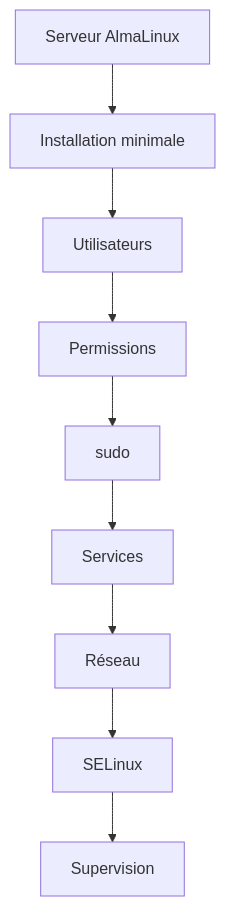
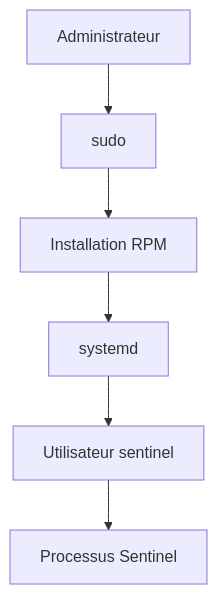
One commit to tdelaclos/formations changed diagram 13 of 20 in campagne 1/1.8.md. Above: the diagram before and after it, drawn with Mermaid. The commit also changed other lines of this file, not shown here.

````diff
--- a/campagne 1/1.8.md
+++ b/campagne 1/1.8.md
@@ -365,21 +587,21 @@
 ```mermaid
 flowchart TD
 
-A["Serveur AlmaLinux"]
+A["Administrateur"]
 
-A --> B["Installation minimale"]
+B["sudo"]
 
-B --> C["Utilisateurs"]
+C["Installation RPM"]
 
-C --> D["Permissions"]
+D["systemd"]
 
-D --> E["sudo"]
+E["Utilisateur sentinel"]
 
-E --> F["Services"]
+F["Processus Sentinel"]
 
-F --> G["Réseau"]
-
-G --> H["SELinux"]
-
-H --> I["Supervision"]
+A --> B
+B --> C
+C --> D
+D --> E
+E --> F
 ```
````
